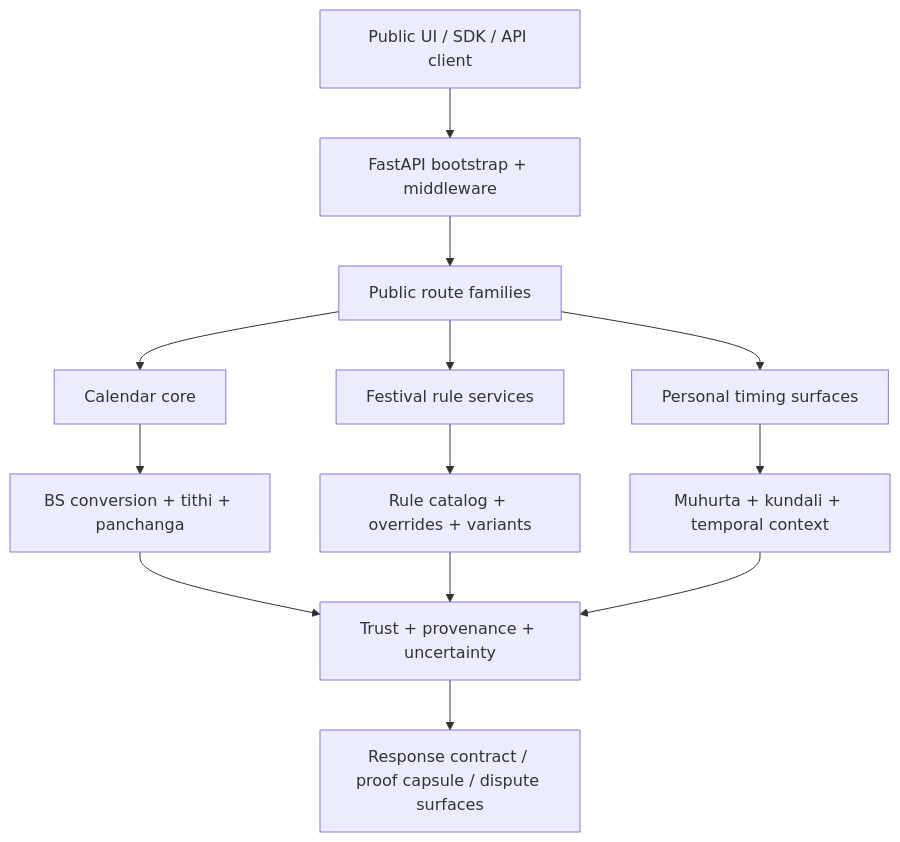
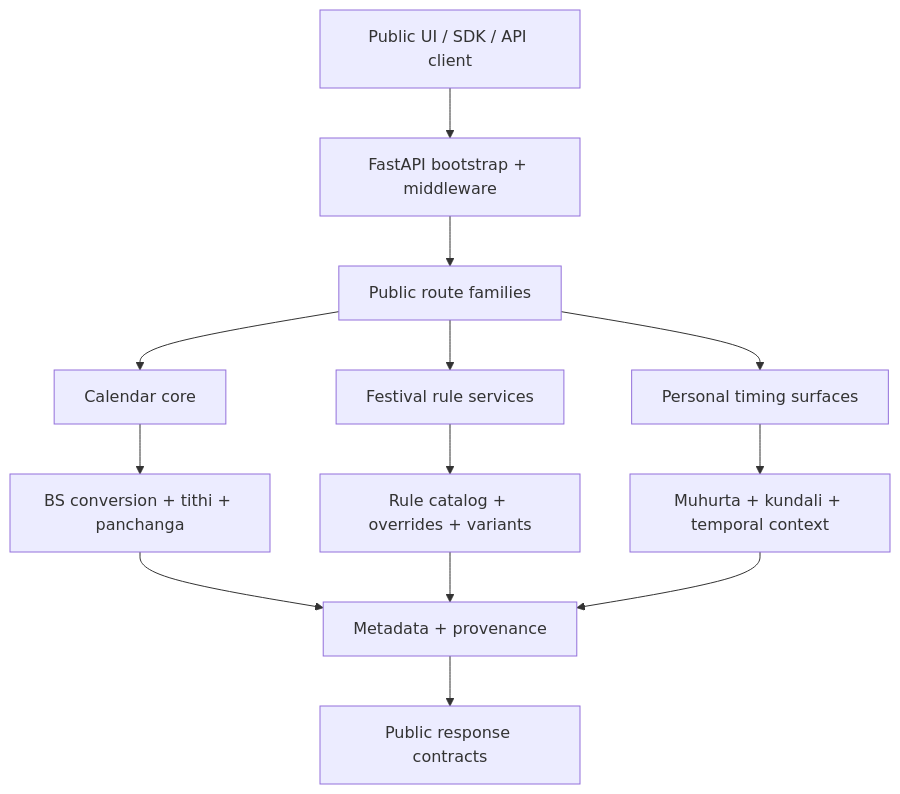
Before and after one commit to dantwoashim/Project_Parva: the diagram in docs/ENGINE_ARCHITECTURE.md, drawn with Mermaid. The commit also changed other lines of this file and 16 other files, not shown here.

````diff
--- a/docs/ENGINE_ARCHITECTURE.md
+++ b/docs/ENGINE_ARCHITECTURE.md
@@ -3,15 +3,15 @@
 ```mermaid
 flowchart TD
     A["Public UI / SDK / API client"] --> B["FastAPI bootstrap + middleware"]
     B --> C["Public route families"]
     C --> D["Calendar core"]
     C --> E["Festival rule services"]
     C --> F["Personal timing surfaces"]
     D --> G["BS conversion + tithi + panchanga"]
     E --> H["Rule catalog + overrides + variants"]
     F --> I["Muhurta + kundali + temporal context"]
-    G --> J["Trust + provenance + uncertainty"]
+    G --> J["Metadata + provenance"]
     H --> J
     I --> J
-    J --> K["Response contract / proof capsule / dispute surfaces"]
+    J --> K["Public response contracts"]
 ```
````
